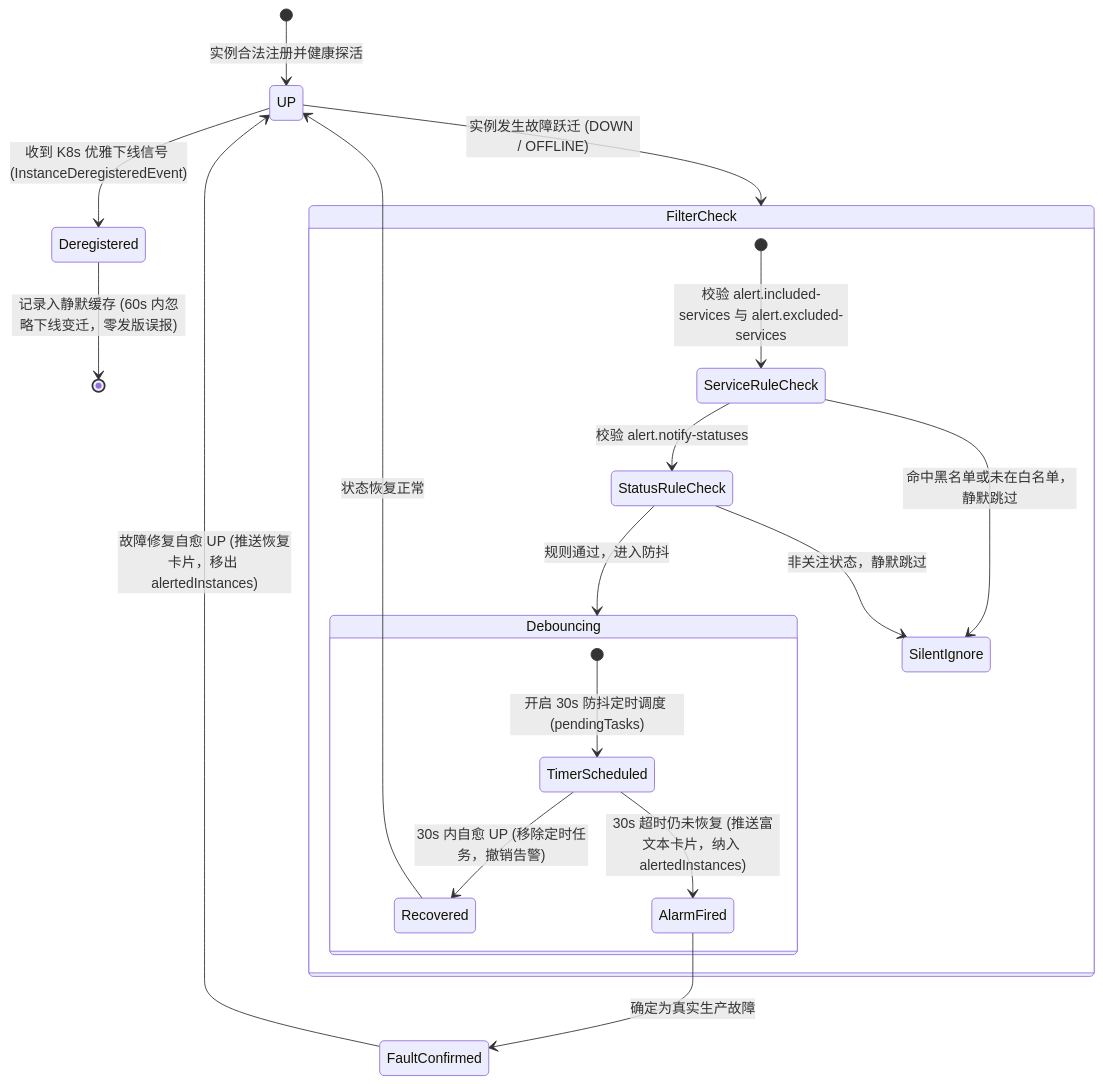
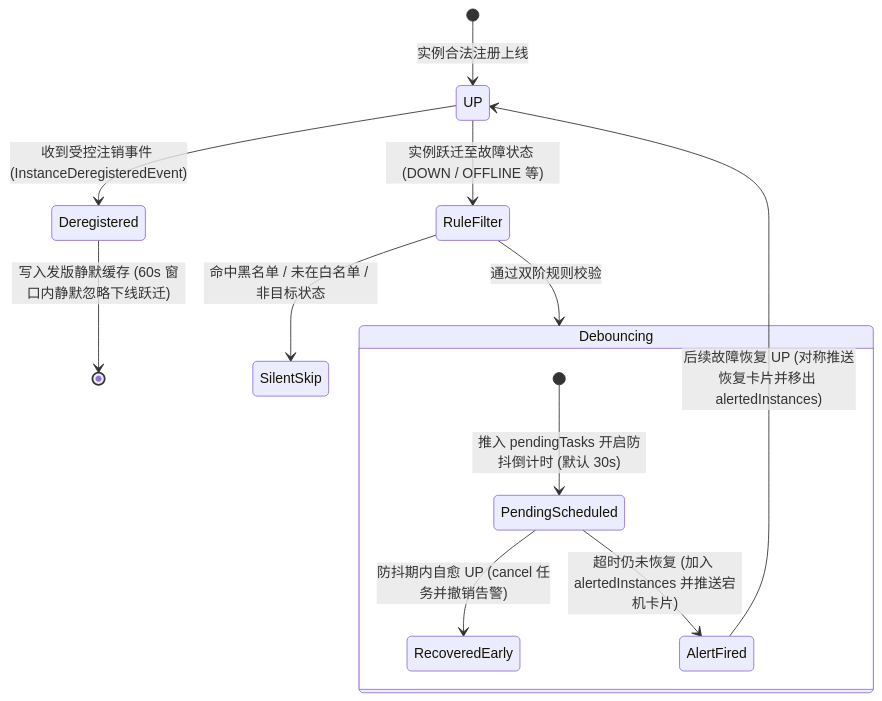
One commit to atengk/ateng-boot changed the second of 2 diagrams in ateng-boot-admin/README.md. Above: the diagram before and after it, drawn with Mermaid. The commit also changed other lines of this file and 3 other files, not shown here.

````diff
--- a/ateng-boot-admin/README.md
+++ b/ateng-boot-admin/README.md
@@ -245,26 +433,19 @@
 ```mermaid
 stateDiagram-v2
-    [*] --> UP: 实例合法注册并健康探活
+    [*] --> UP: 实例合法注册上线
 
-    UP --> Deregistered: 收到 K8s 优雅下线信号 (InstanceDeregisteredEvent)
-    Deregistered --> [*]: 记录入静默缓存 (60s 内忽略下线变迁，零发版误报)
+    UP --> Deregistered: 收到受控注销事件 (InstanceDeregisteredEvent)
+    Deregistered --> [*]: 写入发版静默缓存 (60s 窗口内静默忽略下线跃迁)
 
-    UP --> FilterCheck: 实例发生故障跃迁 (DOWN / OFFLINE)
-    state FilterCheck {
-        [*] --> ServiceRuleCheck: 校验 alert.included-services 与 alert.excluded-services
-        ServiceRuleCheck --> StatusRuleCheck: 校验 alert.notify-statuses
-        StatusRuleCheck --> Debouncing: 规则通过，进入防抖
-        ServiceRuleCheck --> SilentIgnore: 命中黑名单或未在白名单，静默跳过
-        StatusRuleCheck --> SilentIgnore: 非关注状态，静默跳过
+    UP --> RuleFilter: 实例跃迁至故障状态 (DOWN / OFFLINE 等)
+    RuleFilter --> SilentSkip: 命中黑名单 / 未在白名单 / 非目标状态
+    RuleFilter --> Debouncing: 通过双阶规则校验
+
+    state Debouncing {
+        [*] --> PendingScheduled: 推入 pendingTasks 开启防抖倒计时 (默认 30s)
+        PendingScheduled --> RecoveredEarly: 防抖期内自愈 UP (cancel 任务并撤销告警)
+        PendingScheduled --> AlertFired: 超时仍未恢复 (加入 alertedInstances 并推送宕机卡片)
     }
 
-    state Debouncing {
-        [*] --> TimerScheduled: 开启 30s 防抖定时调度 (pendingTasks)
-        TimerScheduled --> Recovered: 30s 内自愈 UP (移除定时任务，撤销告警)
-        TimerScheduled --> AlarmFired: 30s 超时仍未恢复 (推送富文本卡片，纳入 alertedInstances)
-    }
-
-    Recovered --> UP: 状态恢复正常
-    AlarmFired --> FaultConfirmed: 确定为真实生产故障
-    FaultConfirmed --> UP: 故障修复自愈 UP (推送恢复卡片，移出 alertedInstances)
+    AlertFired --> UP: 后续故障恢复 UP (对称推送恢复卡片并移出 alertedInstances)
 ```
````
